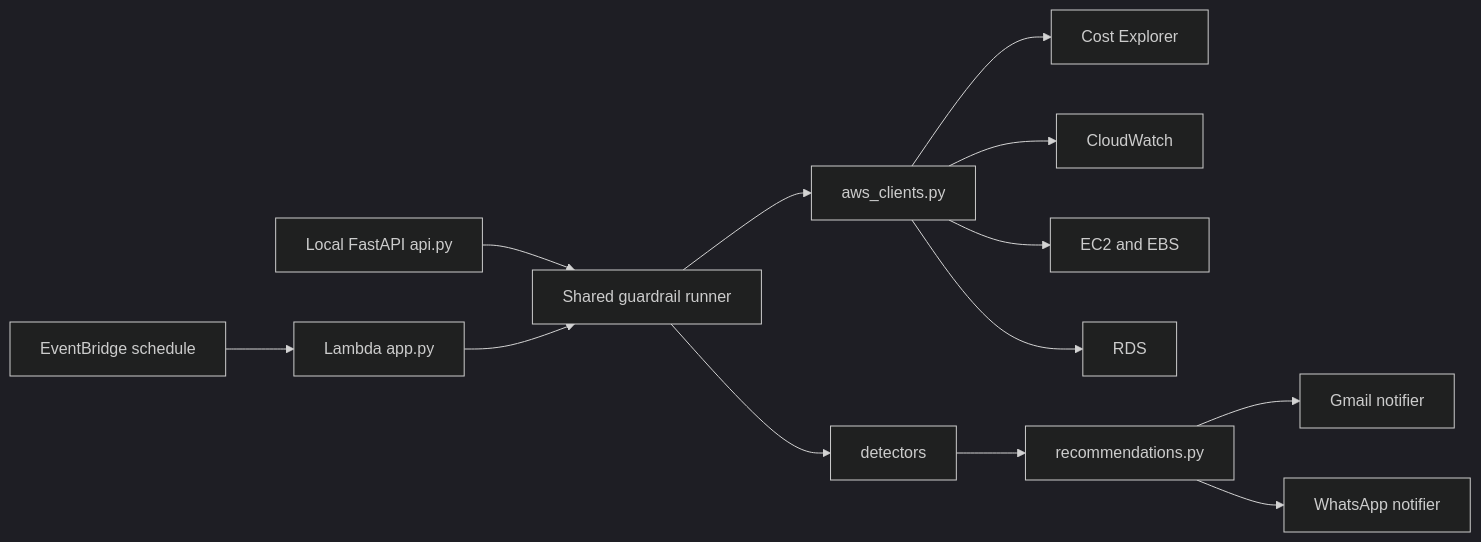
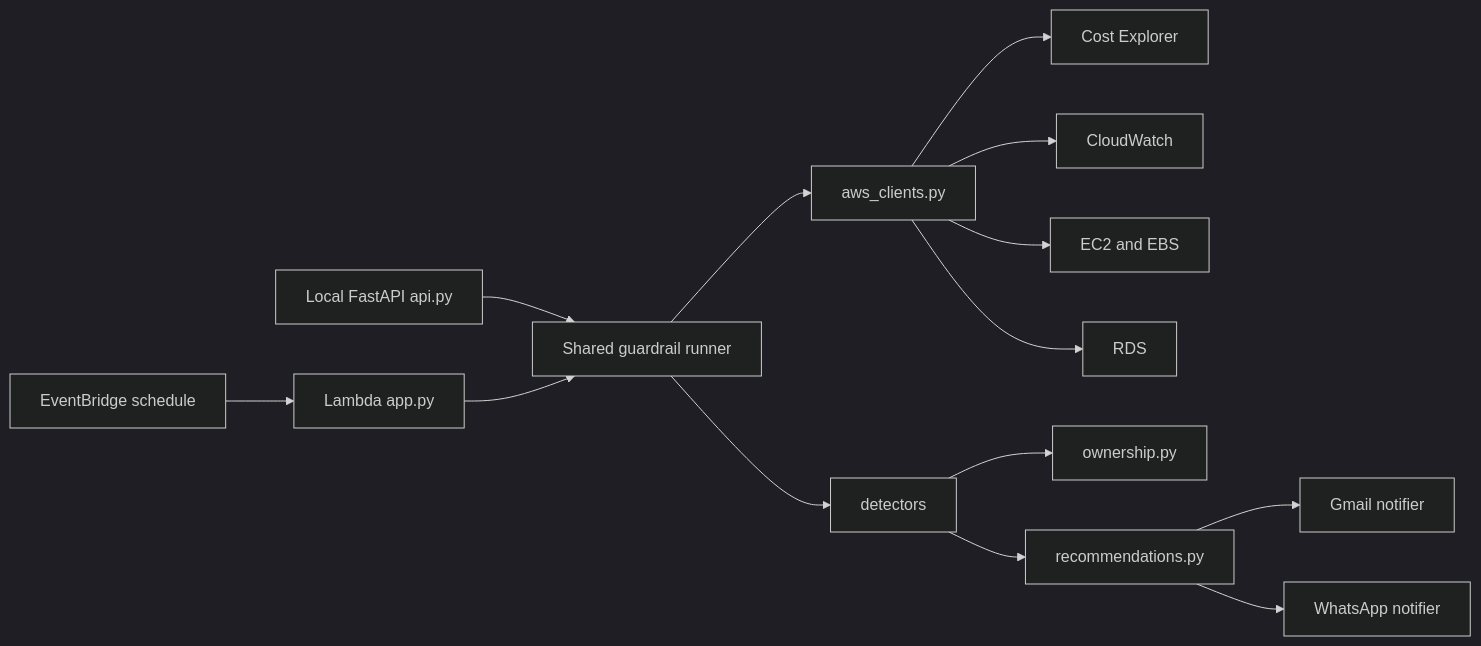
The diagram in docs/architecture.md (Rohit1204/cloud-cost-guardrail-analyzer), drawn with Mermaid (dark theme) before and after one commit. The commit also changed other lines of this file and 19 other files, not shown here.

````diff
--- a/docs/architecture.md
+++ b/docs/architecture.md
@@ -7,15 +7,16 @@
 ```mermaid
 flowchart LR
   EventBridge["EventBridge schedule"] --> Lambda["Lambda app.py"]
   FastAPI["Local FastAPI api.py"] --> App["Shared guardrail runner"]
   Lambda --> App
   App --> AwsClients["aws_clients.py"]
   AwsClients --> CostExplorer["Cost Explorer"]
   AwsClients --> CloudWatch["CloudWatch"]
   AwsClients --> EC2["EC2 and EBS"]
   AwsClients --> RDS["RDS"]
   App --> Detectors["detectors"]
+  Detectors --> Ownership["ownership.py"]
   Detectors --> Recommendations["recommendations.py"]
   Recommendations --> Gmail["Gmail notifier"]
   Recommendations --> WhatsApp["WhatsApp notifier"]
 ```
````
